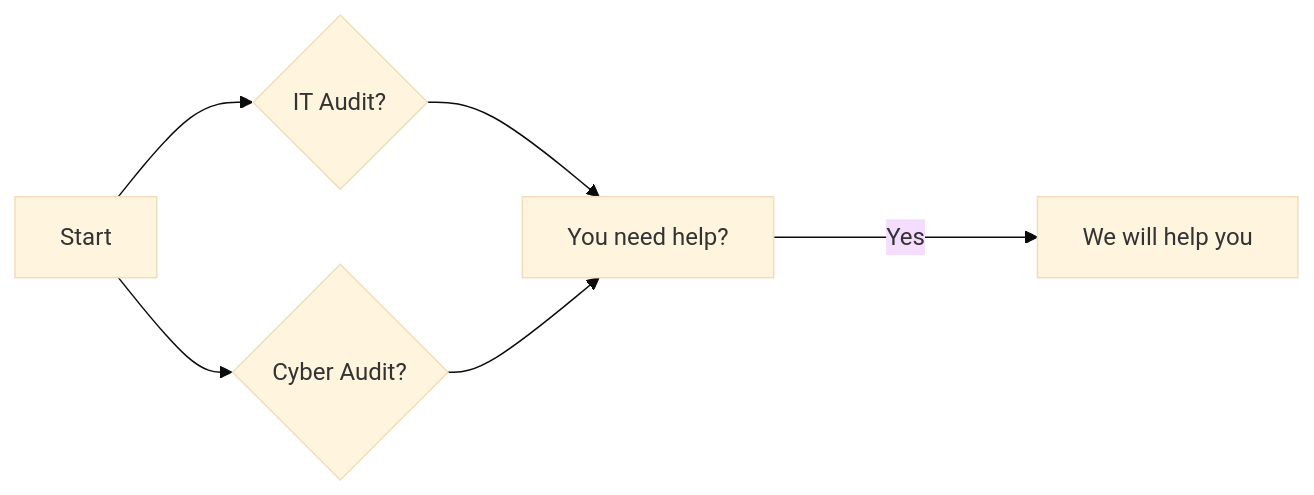
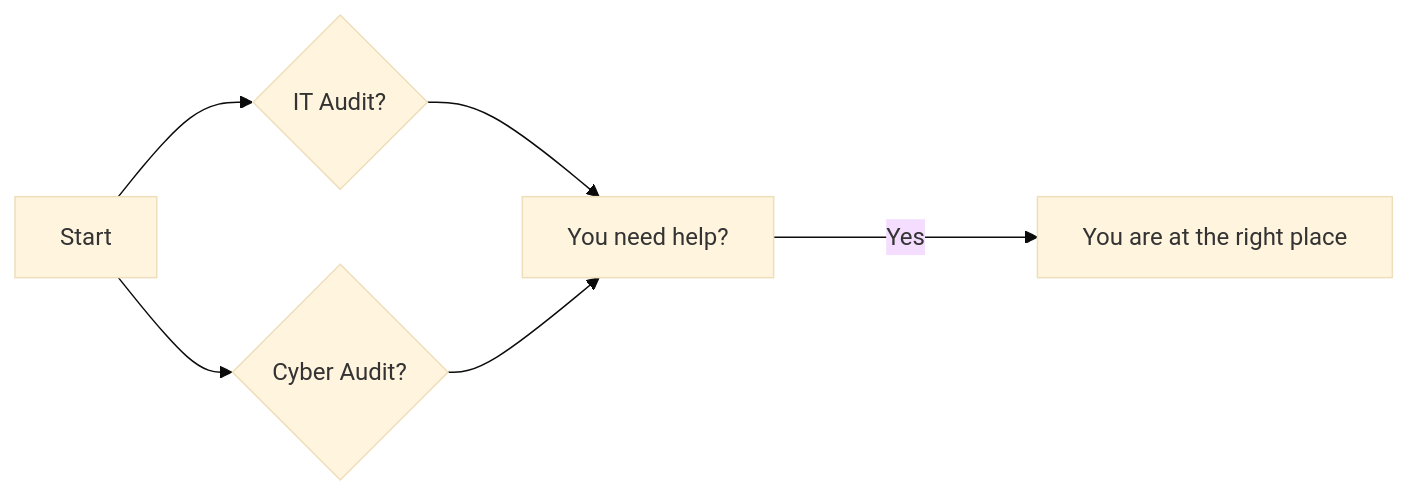
Before and after one commit to bg0007/bg0007.github.io: the diagram in index.md, drawn with Mermaid (base theme).

````diff
--- a/index.md
+++ b/index.md
@@ -5,8 +5,8 @@
 ``` mermaid
 graph LR
   A[Start] --> B{IT Audit?};
   A[Start] --> C{Cyber Audit?};
   B --> D[You need help?];
   C --> D[You need help?];
-  D ----> |Yes| E[We will help you];
+  D ----> |Yes| E[You are at the right place];
 ```
````
